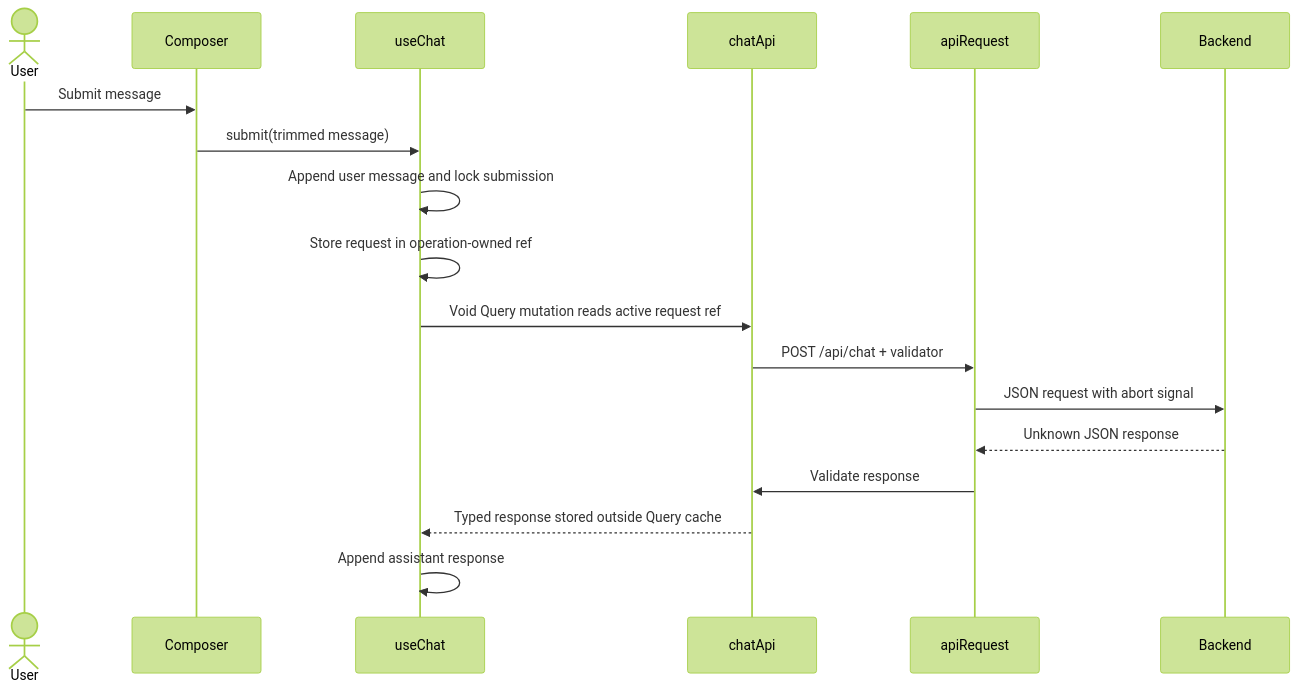
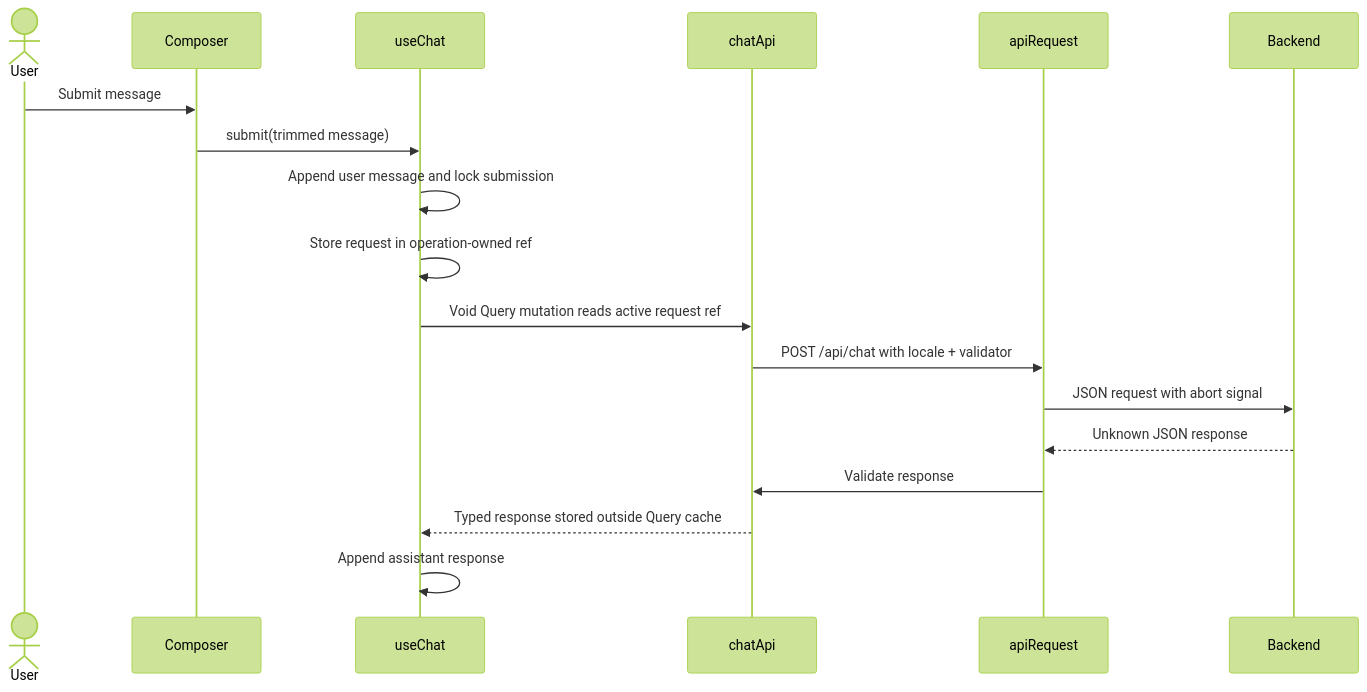
The second of 2 diagrams in docs/architecture.md (etonealbert/doc-helper-ai-agent-web), drawn with Mermaid (forest theme) before and after one commit. The commit also changed other lines of this file and 43 other files, not shown here.

````diff
--- a/docs/architecture.md
+++ b/docs/architecture.md
@@ -79,21 +88,21 @@
 ```mermaid
 sequenceDiagram
     actor User
     participant Composer
     participant ChatHook as useChat
     participant ChatAPI as chatApi
     participant Request as apiRequest
     participant API as Backend
 
     User->>Composer: Submit message
     Composer->>ChatHook: submit(trimmed message)
     ChatHook->>ChatHook: Append user message and lock submission
     ChatHook->>ChatHook: Store request in operation-owned ref
     ChatHook->>ChatAPI: Void Query mutation reads active request ref
-    ChatAPI->>Request: POST /api/chat + validator
+    ChatAPI->>Request: POST /api/chat with locale + validator
     Request->>API: JSON request with abort signal
     API-->>Request: Unknown JSON response
     Request->>ChatAPI: Validate response
     ChatAPI-->>ChatHook: Typed response stored outside Query cache
     ChatHook->>ChatHook: Append assistant response
 ```
````
